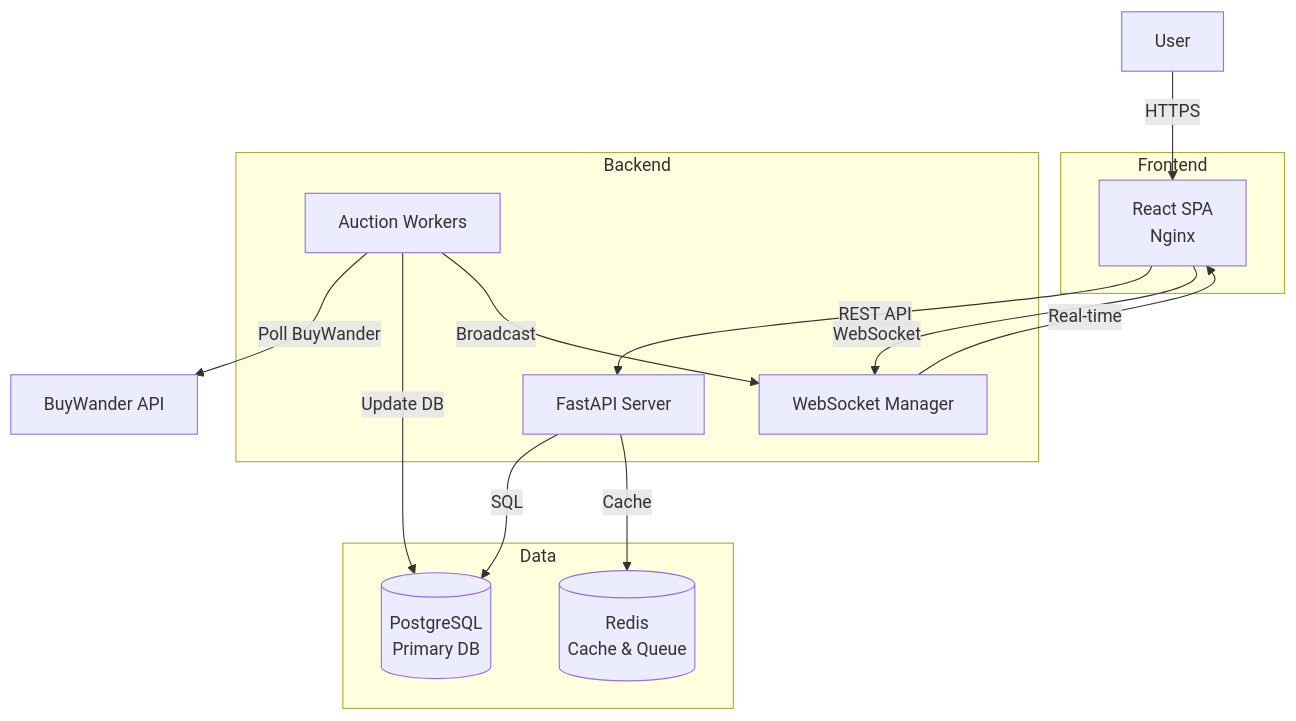
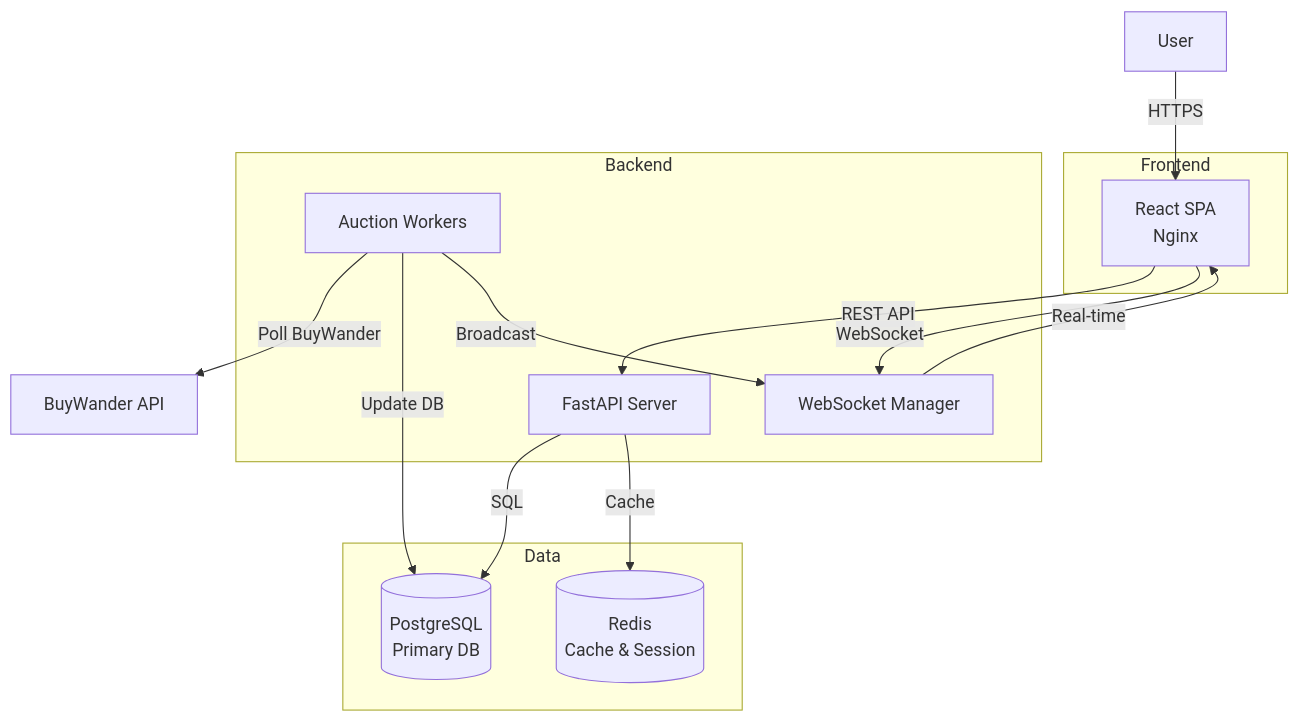
The diagram in README.md (hollajandro/bwsniper), drawn with Mermaid before and after one commit. The commit also changed other lines of this file and 2 other files, not shown here.

````diff
--- a/README.md
+++ b/README.md
@@ -16,27 +50,27 @@
 ```mermaid
 graph TB
     subgraph Frontend
         A[React SPA<br/>Nginx]
     end
     
     subgraph Backend
         B[FastAPI Server]
         C[Auction Workers]
         D[WebSocket Manager]
     end
     
     subgraph Data
         E[(PostgreSQL<br/>Primary DB)]
-        F[(Redis<br/>Cache & Queue)]
+        F[(Redis<br/>Cache & Session)]
     end
     
     User -->|HTTPS| A
     A -->|REST API| B
     A -->|WebSocket| D
     B -->|SQL| E
     B -->|Cache| F
     C -->|Poll BuyWander| G[BuyWander API]
     C -->|Update DB| E
     C -->|Broadcast| D
     D -->|Real-time| A
 ```
````
